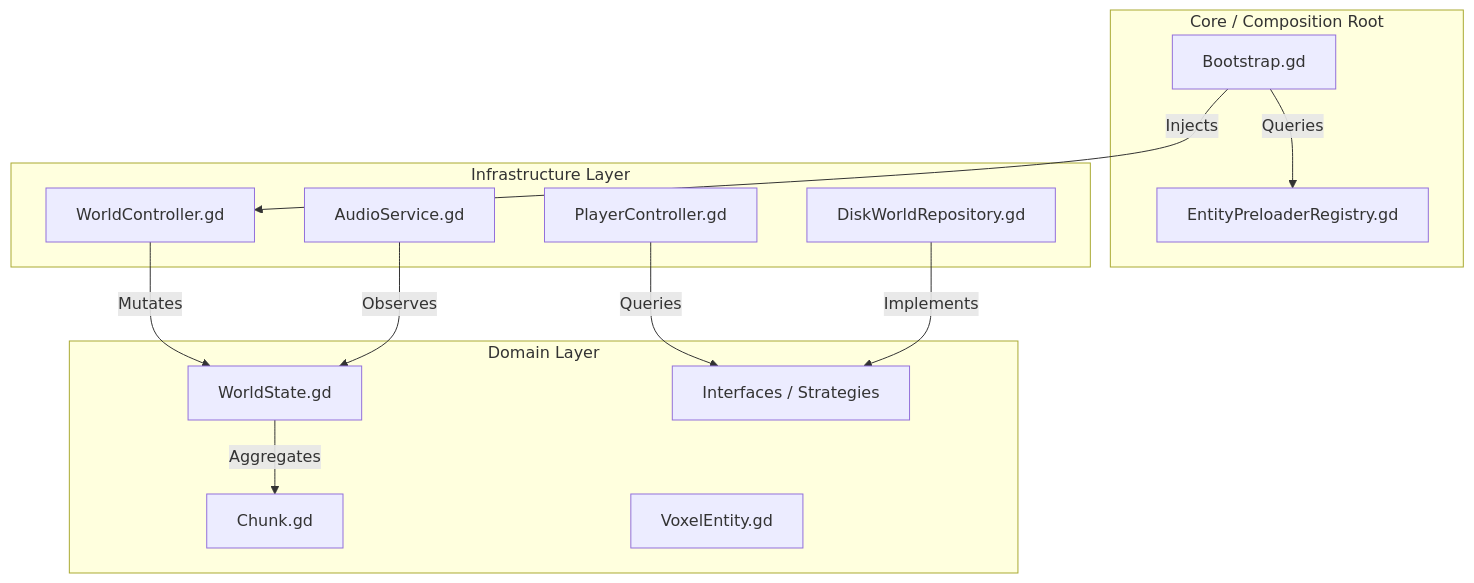
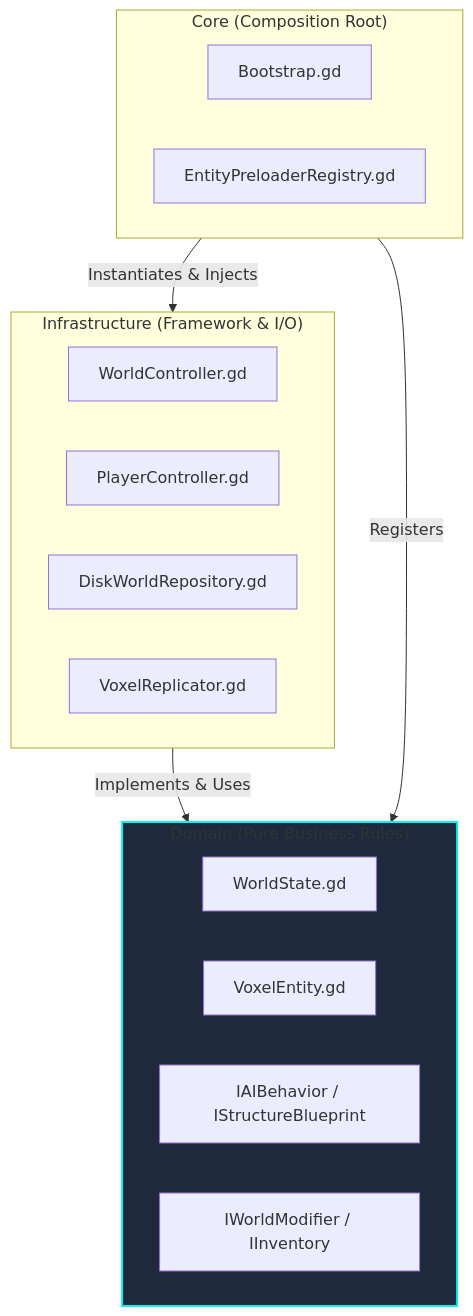
Before and after one commit to enriquegonzalezgutierrez/CraftDomain: the first of 4 diagrams in README.md, drawn with Mermaid. The commit also changed other lines of this file and 14 other files, not shown here.

````diff
--- a/README.md
+++ b/README.md
@@ -16,29 +15,27 @@
 ```mermaid
 graph TD
-	subgraph Core_Layer [Core / Composition Root]
+	subgraph Core_Layer ["Core (Composition Root)"]
 		Bootstrap[Bootstrap.gd]
 		Preloader[EntityPreloaderRegistry.gd]
 	end
 
-	subgraph Infra_Layer [Infrastructure Layer]
-		Controller[WorldController.gd]
-		Player[PlayerController.gd]
-		Persistence[DiskWorldRepository.gd]
-		Audio[AudioService.gd]
+	subgraph Infra_Layer ["Infrastructure (Framework & I/O)"]
+		WorldCtrl[WorldController.gd]
+		PlayerCtrl[PlayerController.gd]
+		DiskRepo[DiskWorldRepository.gd]
+		NetSync[VoxelReplicator.gd]
 	end
 
-	subgraph Domain_Layer [Domain Layer]
-		State[WorldState.gd]
-		Chunk[Chunk.gd]
-		Entity[VoxelEntity.gd]
-		Interfaces[Interfaces / Strategies]
+	subgraph Domain_Layer ["Domain (Pure Business Rules)"]
+		WorldState[WorldState.gd]
+		Entities[VoxelEntity.gd]
+		Strategies[IAIBehavior / IStructureBlueprint]
+		Interfaces[IWorldModifier / IInventory]
 	end
 
-	Bootstrap -->|Injects| Controller
-	Bootstrap -->|Queries| Preloader
-	Controller -->|Mutates| State
-	State -->|Aggregates| Chunk
-	Player -->|Queries| Interfaces
-	Persistence -->|Implements| Interfaces
-	Audio -->|Observes| State
+	Core_Layer -->|Instantiates & Injects| Infra_Layer
+	Infra_Layer -->|Implements & Uses| Domain_Layer
+	Core_Layer -->|Registers| Domain_Layer
+	
+	style Domain_Layer fill:#1e293b,stroke:#00f3f3,stroke-width:2px
 ```
````
